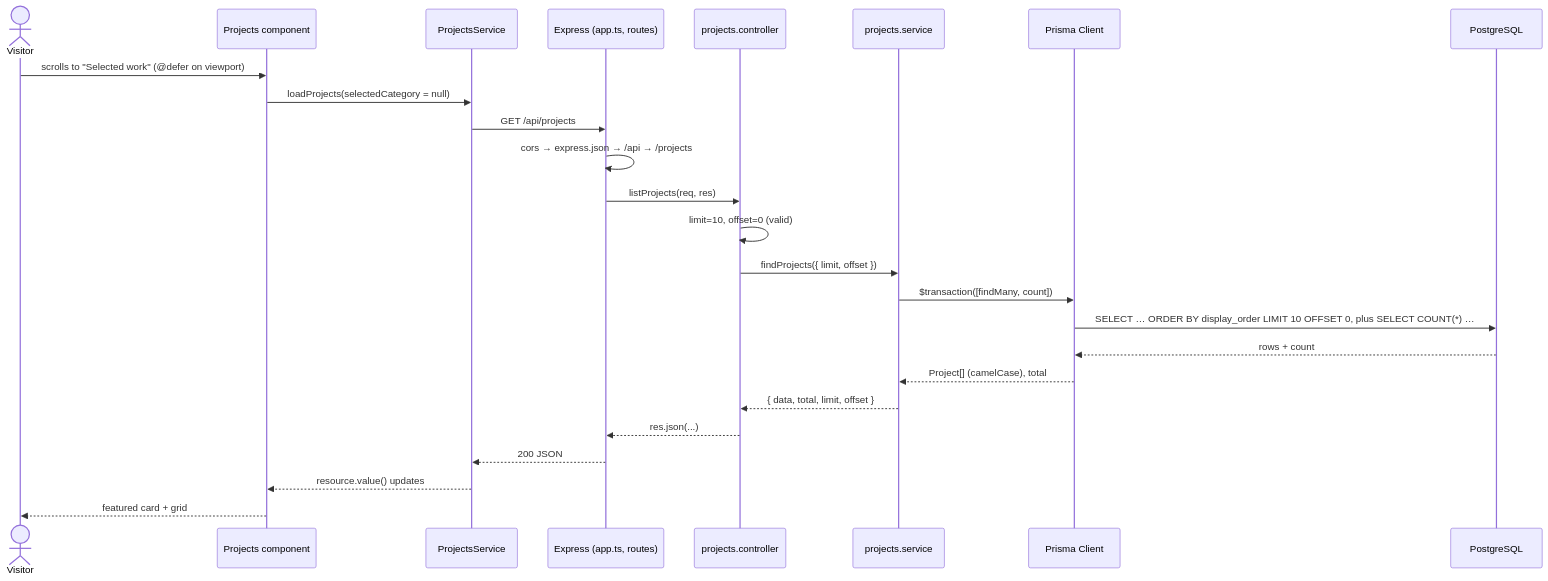
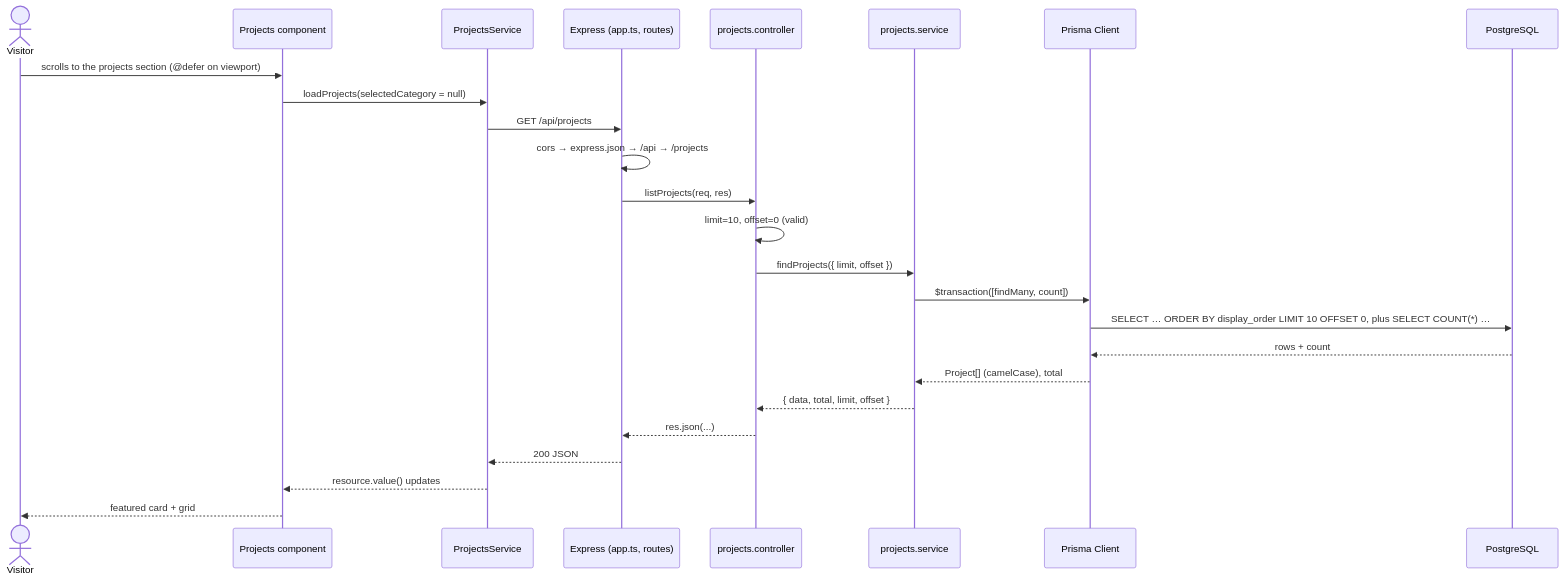
The first of 4 diagrams in docs/06-end-to-end-data-flow.md (mdevaangini/portfolio), drawn with Mermaid before and after one commit. The commit also changed other lines of this file and 32 other files, not shown here.

````diff
--- a/docs/06-end-to-end-data-flow.md
+++ b/docs/06-end-to-end-data-flow.md
@@ -46,28 +48,28 @@
 ```mermaid
 sequenceDiagram
     actor V as Visitor
     participant C as Projects component
     participant S as ProjectsService
     participant E as Express (app.ts, routes)
     participant Ctl as projects.controller
     participant Svc as projects.service
     participant P as Prisma Client
     participant DB as PostgreSQL
 
-    V->>C: scrolls to "Selected work" (@defer on viewport)
+    V->>C: scrolls to the projects section (@defer on viewport)
     C->>S: loadProjects(selectedCategory = null)
     S->>E: GET /api/projects
     E->>E: cors → express.json → /api → /projects
     E->>Ctl: listProjects(req, res)
     Ctl->>Ctl: limit=10, offset=0 (valid)
     Ctl->>Svc: findProjects({ limit, offset })
     Svc->>P: $transaction([findMany, count])
     P->>DB: SELECT … ORDER BY display_order LIMIT 10 OFFSET 0, plus SELECT COUNT(*) …
     DB-->>P: rows + count
     P-->>Svc: Project[] (camelCase), total
     Svc-->>Ctl: { data, total, limit, offset }
     Ctl-->>E: res.json(...)
     E-->>S: 200 JSON
     S-->>C: resource.value() updates
     C-->>V: featured card + grid
 ```
````
